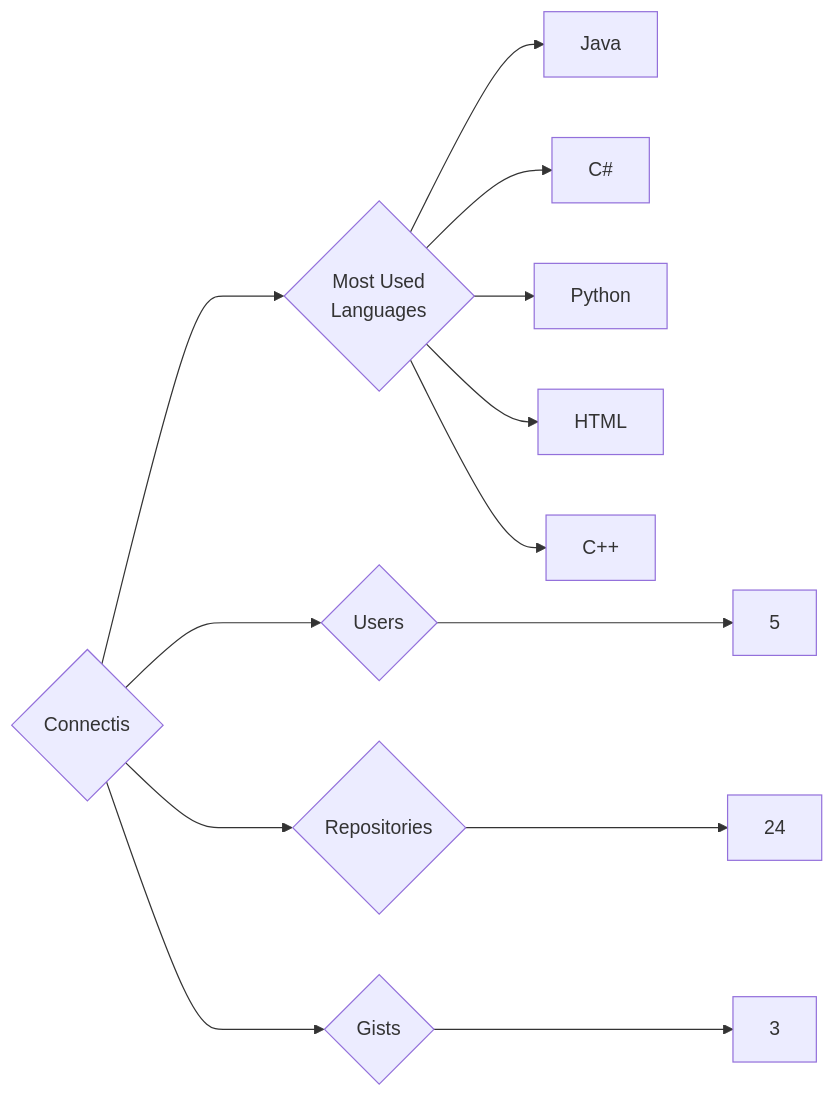
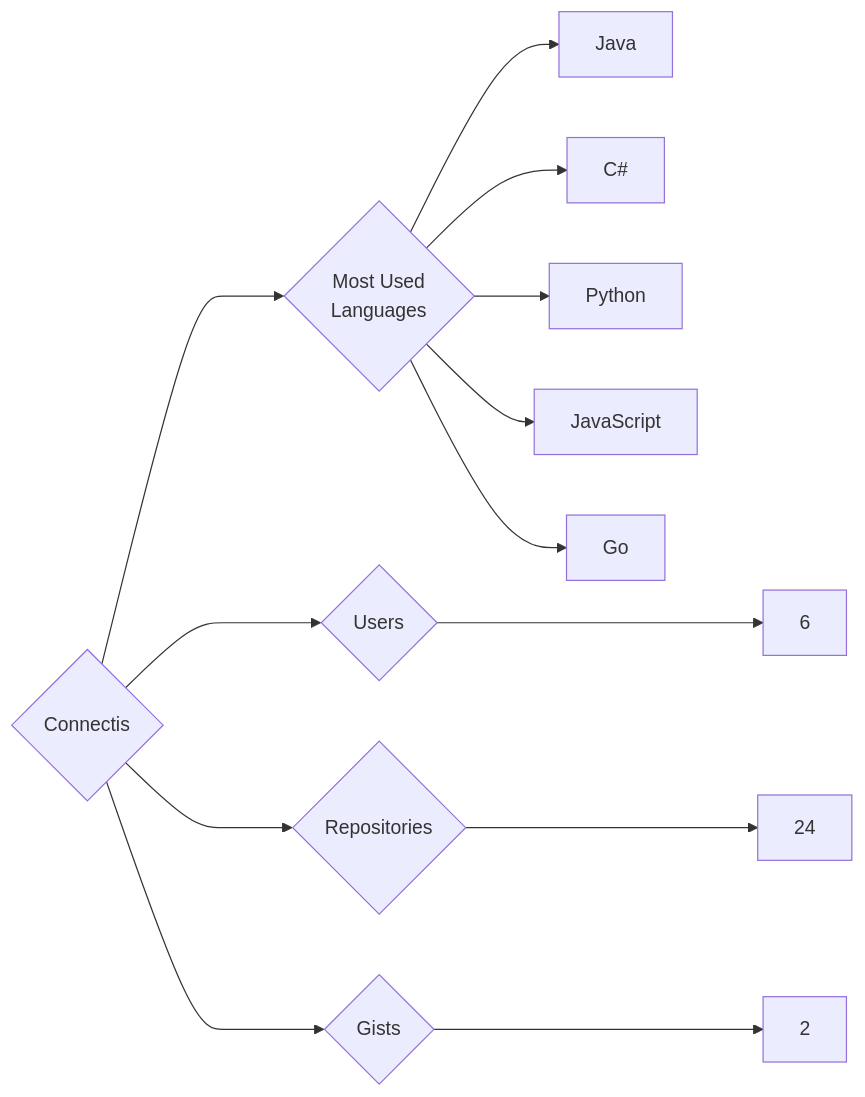
Before and after one commit to trickest/insiders: the diagram in targets/Connectis/README.md, drawn with Mermaid. The commit also changed 1167 other files, not shown here.

````diff
--- a/targets/Connectis/README.md
+++ b/targets/Connectis/README.md
@@ -3,13 +3,13 @@
 ```mermaid
 graph LR
 COMPANY_NAME{Connectis}
-COMPANY_NAME ---> U{Users} ---> UN[5]
+COMPANY_NAME ---> U{Users} ---> UN[6]
 COMPANY_NAME ---> R{Repositories} ---> RN[24]
-COMPANY_NAME ---> G{Gists} ---> GN[3]
+COMPANY_NAME ---> G{Gists} ---> GN[2]
 COMPANY_NAME ---> ML{Most Used<br>Languages}
 ML --> Java[Java]
 ML --> C#[C#]
 ML --> Python[Python]
-ML --> HTML[HTML]
-ML --> C++[C++]
+ML --> JavaScript[JavaScript]
+ML --> Go[Go]
 ```
````
